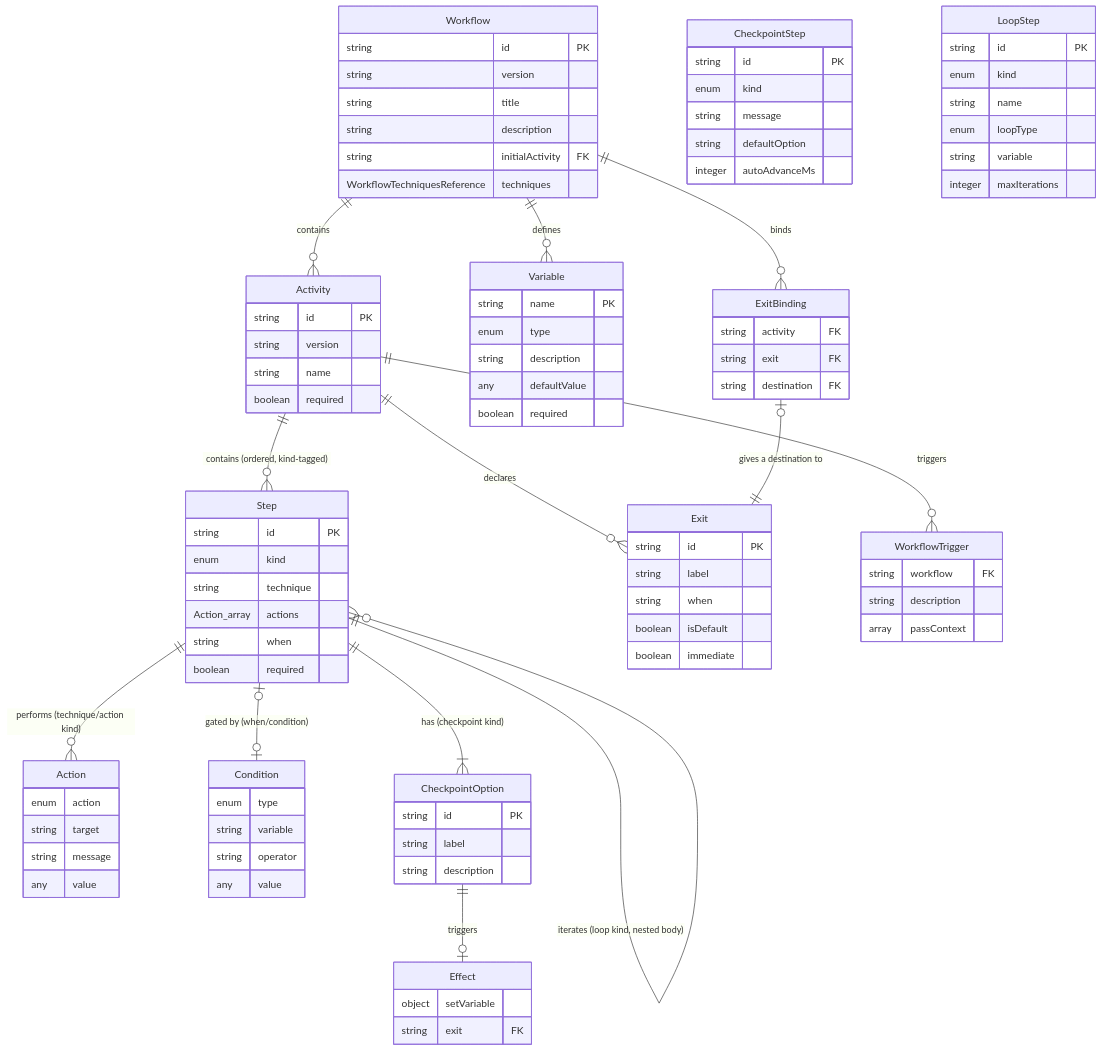
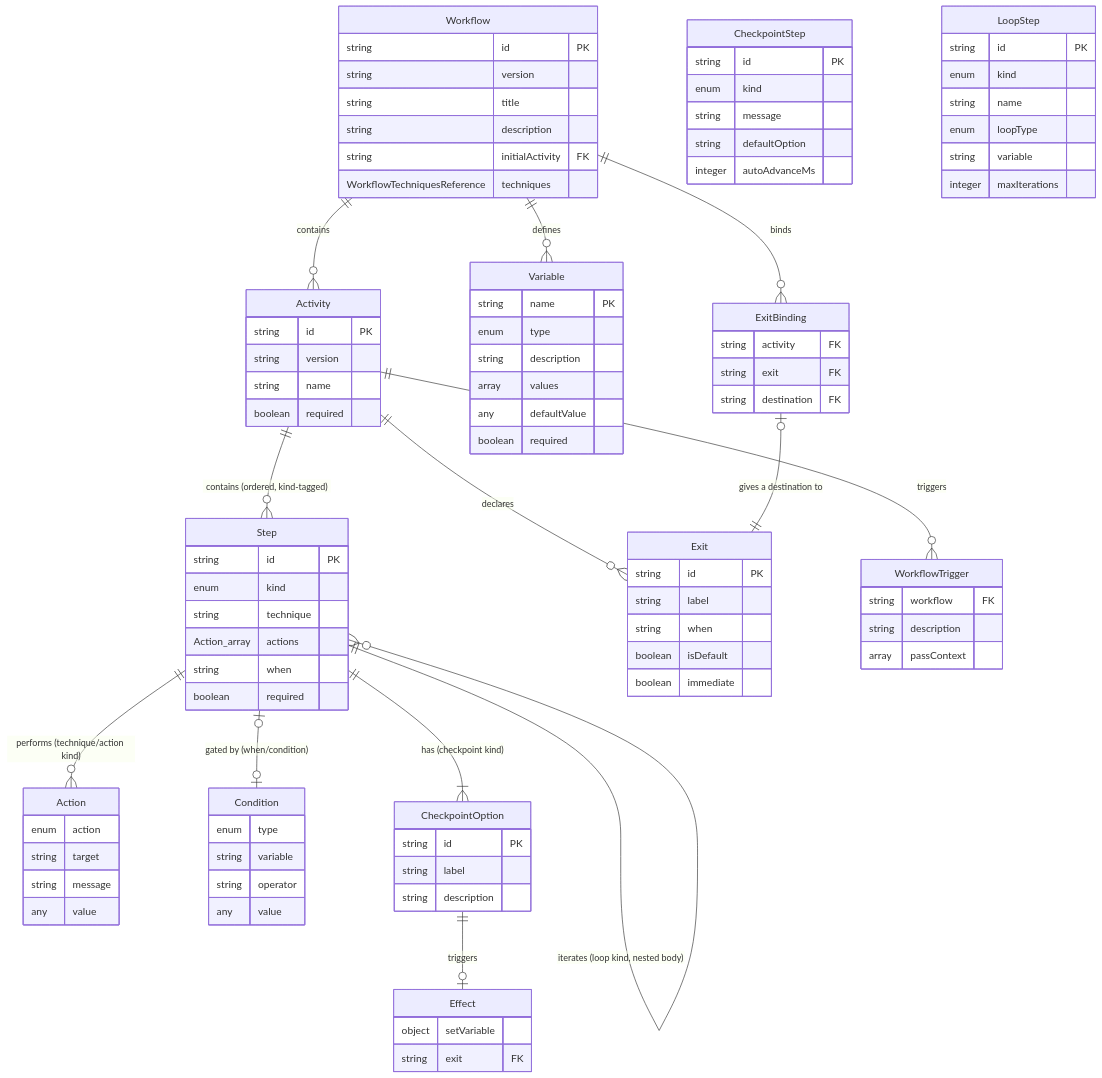
One commit to m2ux/workflow-server changed the third of 3 diagrams in schemas/README.md. Above: the diagram before and after it, drawn with Mermaid. The commit also changed other lines of this file and 12 other files, not shown here.

```diff
--- a/schemas/README.md
+++ b/schemas/README.md
@@ -230,6 +230,7 @@
         string name PK
         enum type
         string description
+        array values
         any defaultValue
         boolean required
     }
```
